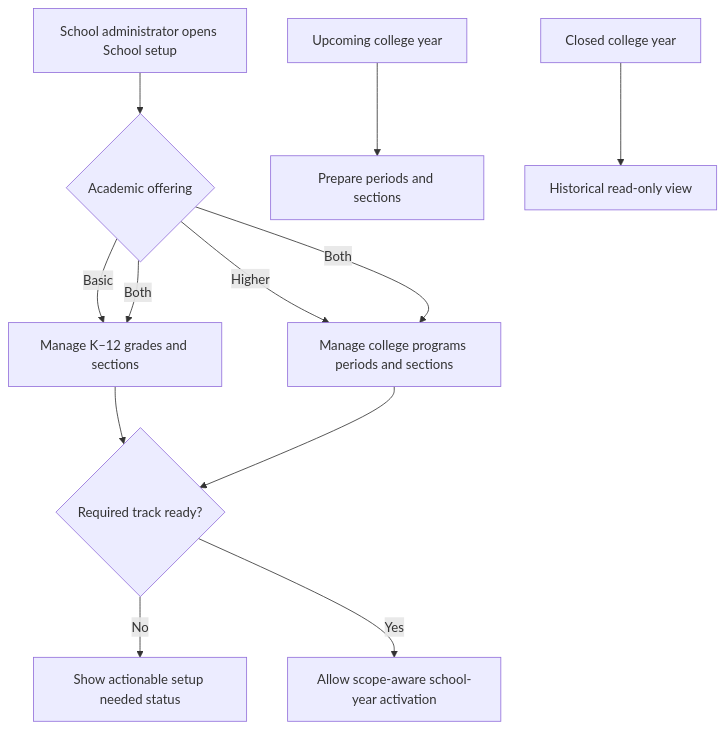
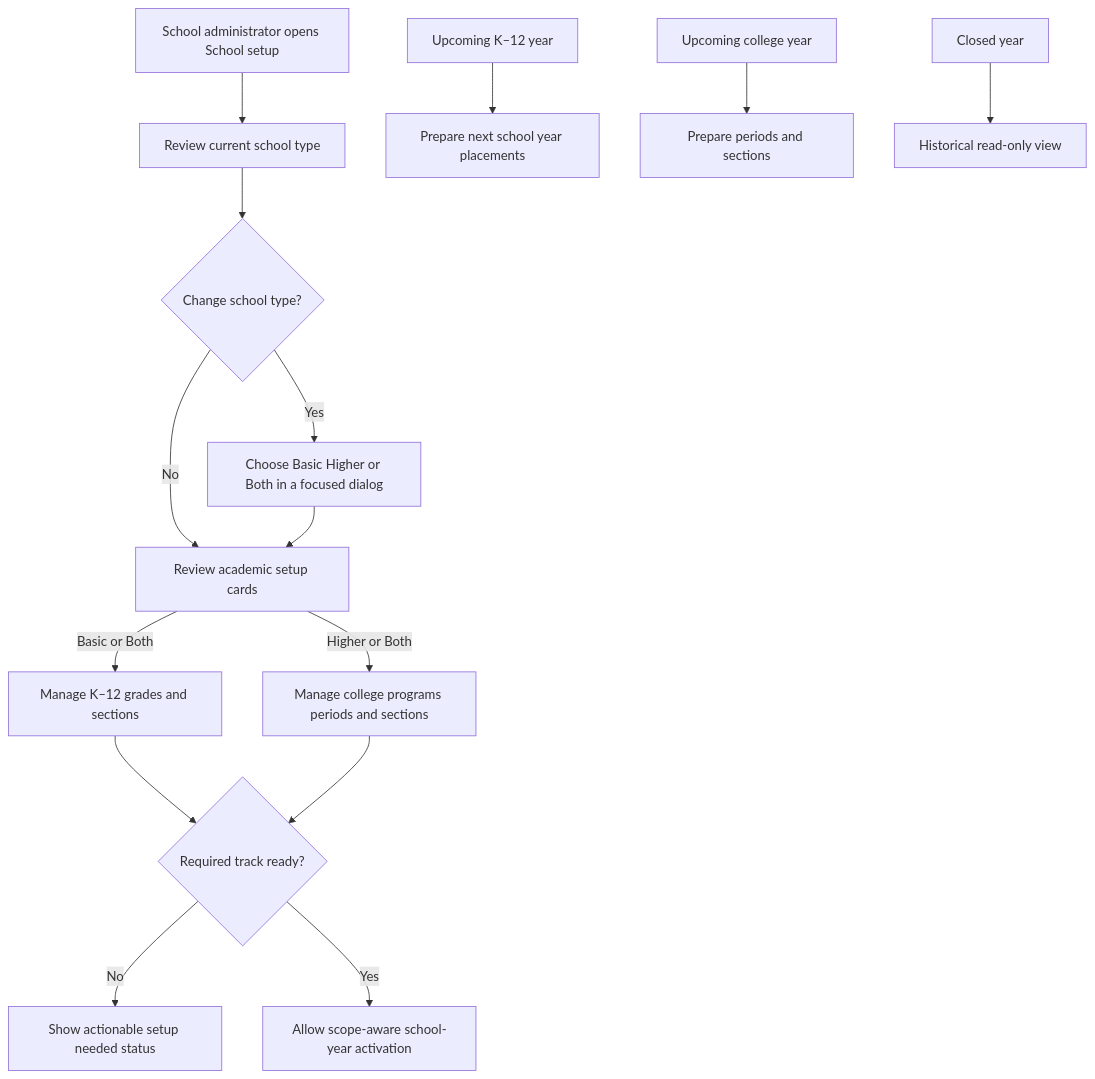
Before and after one commit to Xeyn19/xmetapay: the first of 26 diagrams in docs/PROJECT_FLOWCHARTS.md, drawn with Mermaid. The commit also changed other lines of this file and 10 other files, not shown here.

First line of the commit message:
Refine the School setup hub around school type, academic-track readiness, and next-year preparation.

````diff
--- a/docs/PROJECT_FLOWCHARTS.md
+++ b/docs/PROJECT_FLOWCHARTS.md
@@ -42,14 +42,17 @@
 ```mermaid
 flowchart TD
-  A[School administrator opens School setup] --> B{Academic offering}
-  B -->|Basic| C[Manage K–12 grades and sections]
-  B -->|Higher| D[Manage college programs periods and sections]
-  B -->|Both| C
-  B -->|Both| D
-  C --> E{Required track ready?}
+  A[School administrator opens School setup] --> B[Review current school type]
+  B --> C{Change school type?}
+  C -->|Yes| D[Choose Basic Higher or Both in a focused dialog]
+  C -->|No| E[Review academic setup cards]
   D --> E
-  E -->|No| F[Show actionable setup needed status]
-  E -->|Yes| G[Allow scope-aware school-year activation]
-  H[Upcoming college year] --> I[Prepare periods and sections]
-  J[Closed college year] --> K[Historical read-only view]
+  E -->|Basic or Both| F[Manage K–12 grades and sections]
+  E -->|Higher or Both| G[Manage college programs periods and sections]
+  F --> H{Required track ready?}
+  G --> H
+  H -->|No| I[Show actionable setup needed status]
+  H -->|Yes| J[Allow scope-aware school-year activation]
+  K[Upcoming K–12 year] --> L[Prepare next school year placements]
+  M[Upcoming college year] --> N[Prepare periods and sections]
+  O[Closed year] --> P[Historical read-only view]
 ```
````
